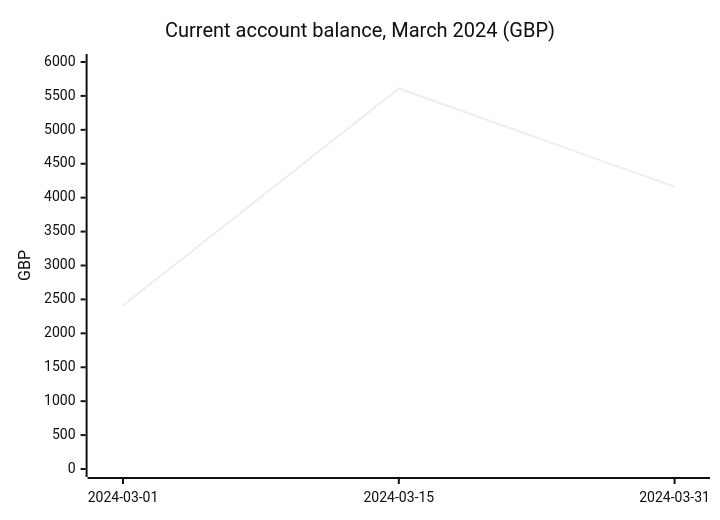
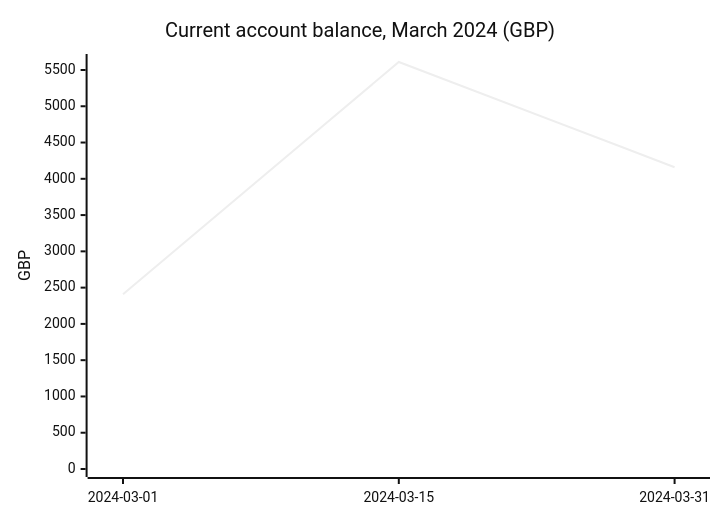
Before and after one commit to boshuthebuilder/ai-tradecraft-skills: the first of 2 diagrams in plugins/ai-os/skills/pre-onboarding/tests/fixture/Alex Personal/Alex Personal Wiki/20 Finance/Cash position.md, drawn with Mermaid (neutral theme). The commit also changed other lines of this file and 21 other files, not shown here.

First line of the commit message:
pre-onboarding: wiki.py chart, deterministic Mermaid charts from cited data (#95)

````diff
--- a/plugins/ai-os/skills/pre-onboarding/tests/fixture/Alex Personal/Alex Personal Wiki/20 Finance/Cash position.md
+++ b/plugins/ai-os/skills/pre-onboarding/tests/fixture/Alex Personal/Alex Personal Wiki/20 Finance/Cash position.md
@@ -19,7 +13,7 @@
 ```mermaid
 xychart-beta
     title "Current account balance, March 2024 (GBP)"
     x-axis ["2024-03-01", "2024-03-15", "2024-03-31"]
-    y-axis "GBP" 0 --> 6000
+    y-axis "GBP" 0 --> 5610
     line [2410, 5610, 4160]
 ```
````
